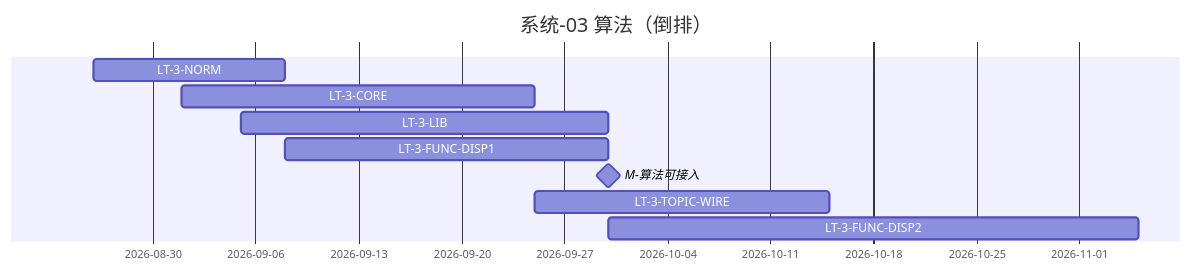
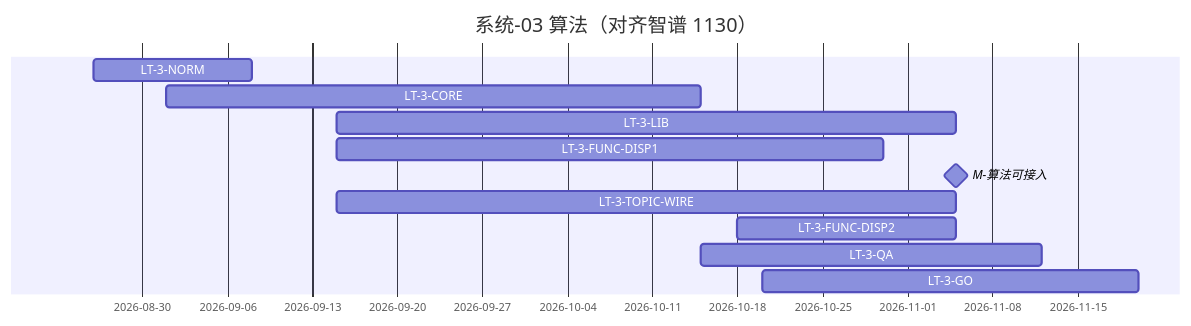
One commit to Marisolebxf/- changed the diagram in agent-delivery/工程过程/02-策划与监控/02-智树工作计划/02-进度/系统-03-算法-功能合同与算法合同.md. Above: the diagram before and after it, drawn with Mermaid. The commit also changed other lines of this file and 17 other files, not shown here.

````diff
--- a/agent-delivery/工程过程/02-策划与监控/02-智树工作计划/02-进度/系统-03-算法-功能合同与算法合同.md
+++ b/agent-delivery/工程过程/02-策划与监控/02-智树工作计划/02-进度/系统-03-算法-功能合同与算法合同.md
@@ -23,19 +30,21 @@
 ```mermaid
 ---
 config:
   gantt:
     useMaxWidth: true
   themeVariables:
     fontSize: 14px
 ---
 gantt
-    title 系统-03 算法（倒排）
+    title 系统-03 算法（对齐智谱 1130）
     dateFormat YYYY-MM-DD
     LT-3-NORM        :n, 2026-08-26, 2026-09-08
-    LT-3-CORE        :c, 2026-09-01, 2026-09-25
-    LT-3-LIB         :l, 2026-09-05, 2026-09-30
-    LT-3-FUNC-DISP1  :f1, 2026-09-08, 2026-09-30
-    M-算法可接入     :milestone, m, 2026-09-30, 0d
-    LT-3-TOPIC-WIRE  :t, 2026-09-25, 2026-10-15
-    LT-3-FUNC-DISP2  :f2, 2026-09-30, 2026-11-05
+    LT-3-CORE        :c, 2026-09-01, 2026-10-15
+    LT-3-LIB         :l, 2026-09-15, 2026-11-05
+    LT-3-FUNC-DISP1  :f1, 2026-09-15, 2026-10-30
+    M-算法可接入     :milestone, m, 2026-11-05, 0d
+    LT-3-TOPIC-WIRE  :t, 2026-09-15, 2026-11-05
+    LT-3-FUNC-DISP2  :f2, 2026-10-18, 2026-11-05
+    LT-3-QA          :q, 2026-10-15, 2026-11-12
+    LT-3-GO          :g, 2026-10-20, 2026-11-20
 ```
````
